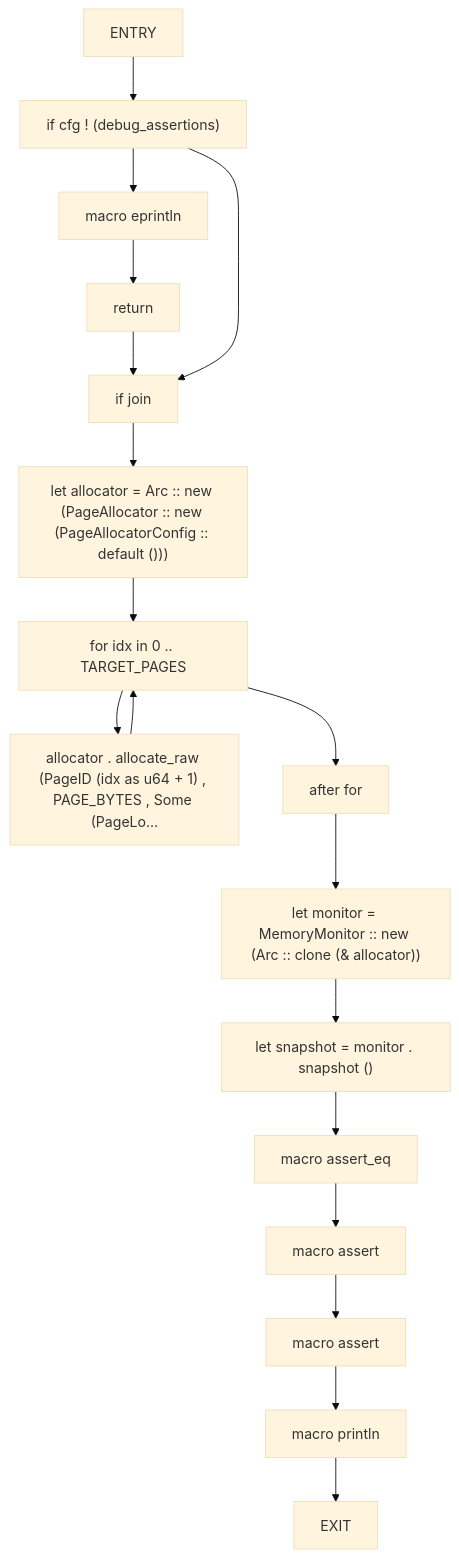
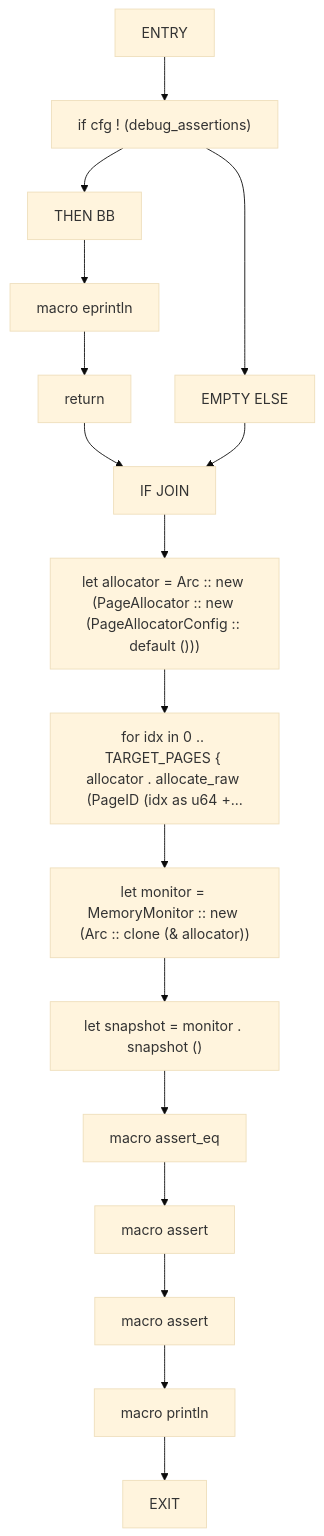
Before and after one commit to cicero-violate/MMSB: diagram 20 of 52 in docs/analysis/cfg/100-tests.md, drawn with Mermaid (base theme). The commit also changed other lines of this file and 865 other files, not shown here.

````diff
--- a/docs/analysis/cfg/100-tests.md
+++ b/docs/analysis/cfg/100-tests.md
@@ -576,36 +468,35 @@
 ```mermaid
 flowchart TD
     one_million_pages_under_1gb_full_run_0["ENTRY"]
     one_million_pages_under_1gb_full_run_1["if cfg ! (debug_assertions)"]
-    one_million_pages_under_1gb_full_run_2["macro eprintln"]
-    one_million_pages_under_1gb_full_run_3["return"]
-    one_million_pages_under_1gb_full_run_4["if join"]
-    one_million_pages_under_1gb_full_run_5["let allocator = Arc :: new (PageAllocator :: new (PageAllocatorConfig :: default ()))"]
-    one_million_pages_under_1gb_full_run_6["for idx in 0 .. TARGET_PAGES"]
-    one_million_pages_under_1gb_full_run_7["allocator . allocate_raw (PageID (idx as u64 + 1) , PAGE_BYTES , Some (PageLo..."]
-    one_million_pages_under_1gb_full_run_8["after for"]
+    one_million_pages_under_1gb_full_run_2["THEN BB"]
+    one_million_pages_under_1gb_full_run_3["macro eprintln"]
+    one_million_pages_under_1gb_full_run_4["return"]
+    one_million_pages_under_1gb_full_run_5["EMPTY ELSE"]
+    one_million_pages_under_1gb_full_run_6["IF JOIN"]
+    one_million_pages_under_1gb_full_run_7["let allocator = Arc :: new (PageAllocator :: new (PageAllocatorConfig :: default ()))"]
+    one_million_pages_under_1gb_full_run_8["for idx in 0 .. TARGET_PAGES { allocator . allocate_raw (PageID (idx as u64 +..."]
     one_million_pages_under_1gb_full_run_9["let monitor = MemoryMonitor :: new (Arc :: clone (& allocator))"]
     one_million_pages_under_1gb_full_run_10["let snapshot = monitor . snapshot ()"]
     one_million_pages_under_1gb_full_run_11["macro assert_eq"]
     one_million_pages_under_1gb_full_run_12["macro assert"]
     one_million_pages_under_1gb_full_run_13["macro assert"]
     one_million_pages_under_1gb_full_run_14["macro println"]
     one_million_pages_under_1gb_full_run_15["EXIT"]
     one_million_pages_under_1gb_full_run_0 --> one_million_pages_under_1gb_full_run_1
     one_million_pages_under_1gb_full_run_1 --> one_million_pages_under_1gb_full_run_2
     one_million_pages_under_1gb_full_run_2 --> one_million_pages_under_1gb_full_run_3
     one_million_pages_under_1gb_full_run_3 --> one_million_pages_under_1gb_full_run_4
-    one_million_pages_under_1gb_full_run_1 --> one_million_pages_under_1gb_full_run_4
-    one_million_pages_under_1gb_full_run_4 --> one_million_pages_under_1gb_full_run_5
+    one_million_pages_under_1gb_full_run_1 --> one_million_pages_under_1gb_full_run_5
+    one_million_pages_under_1gb_full_run_4 --> one_million_pages_under_1gb_full_run_6
     one_million_pages_under_1gb_full_run_5 --> one_million_pages_under_1gb_full_run_6
     one_million_pages_under_1gb_full_run_6 --> one_million_pages_under_1gb_full_run_7
-    one_million_pages_under_1gb_full_run_7 --> one_million_pages_under_1gb_full_run_6
-    one_million_pages_under_1gb_full_run_6 --> one_million_pages_under_1gb_full_run_8
+    one_million_pages_under_1gb_full_run_7 --> one_million_pages_under_1gb_full_run_8
     one_million_pages_under_1gb_full_run_8 --> one_million_pages_under_1gb_full_run_9
     one_million_pages_under_1gb_full_run_9 --> one_million_pages_under_1gb_full_run_10
     one_million_pages_under_1gb_full_run_10 --> one_million_pages_under_1gb_full_run_11
     one_million_pages_under_1gb_full_run_11 --> one_million_pages_under_1gb_full_run_12
     one_million_pages_under_1gb_full_run_12 --> one_million_pages_under_1gb_full_run_13
     one_million_pages_under_1gb_full_run_13 --> one_million_pages_under_1gb_full_run_14
     one_million_pages_under_1gb_full_run_14 --> one_million_pages_under_1gb_full_run_15
 ```
````
